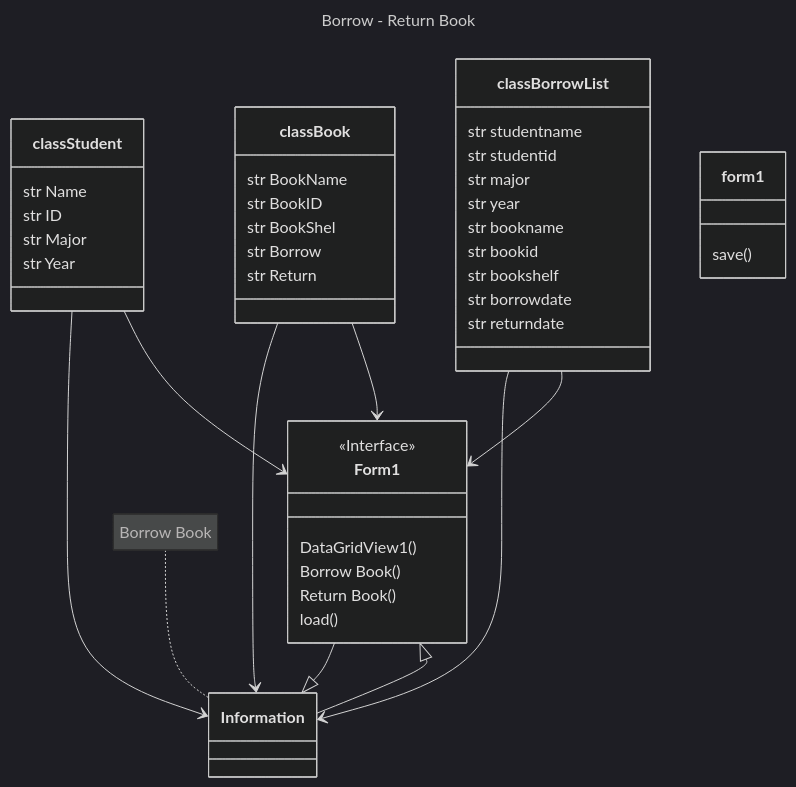
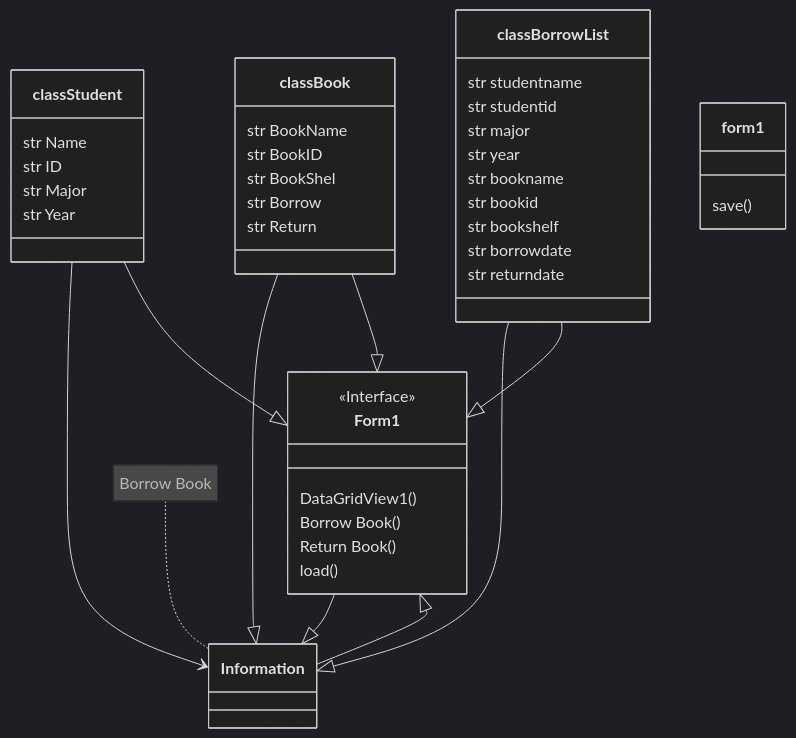
Before and after one commit to bbxxaxxm/Finalnatnicha: the diagram in README.md, drawn with Mermaid (dark theme).

````diff
--- a/README.md
+++ b/README.md
@@ -9,39 +9,36 @@
 ```mermaid
----
-title: Borrow - Return Book
----
 classDiagram
 Form1 --|> Information
 <<Interface>> Form1
 Information --|> Form1
 note for Information "Borrow Book"
 classStudent --> Information
 classStudent : str Name
 classStudent : str ID
 classStudent : str Major
 classStudent : str Year
-classStudent --> Form1
-classBook --> Information
+classStudent --|> Form1
+classBook --|> Information
 classBook : str BookName
 classBook : str BookID
 classBook : str BookShel
 classBook : str Borrow
 classBook : str Return
-classBook --> Form1
-classBorrowList --> Information
+classBook --|> Form1
+classBorrowList --|> Information
 classBorrowList : str studentname
 classBorrowList : str studentid
 classBorrowList : str major
 classBorrowList : str year
 classBorrowList : str bookname
 classBorrowList : str bookid
 classBorrowList : str bookshelf
 classBorrowList : str borrowdate
 classBorrowList : str returndate
-classBorrowList --> Form1
+classBorrowList --|> Form1
 Form1 : DataGridView1()
 Form1 : Borrow Book()
 Form1 : Return Book()
 form1 : save()
 Form1 : load()
 ```
````
